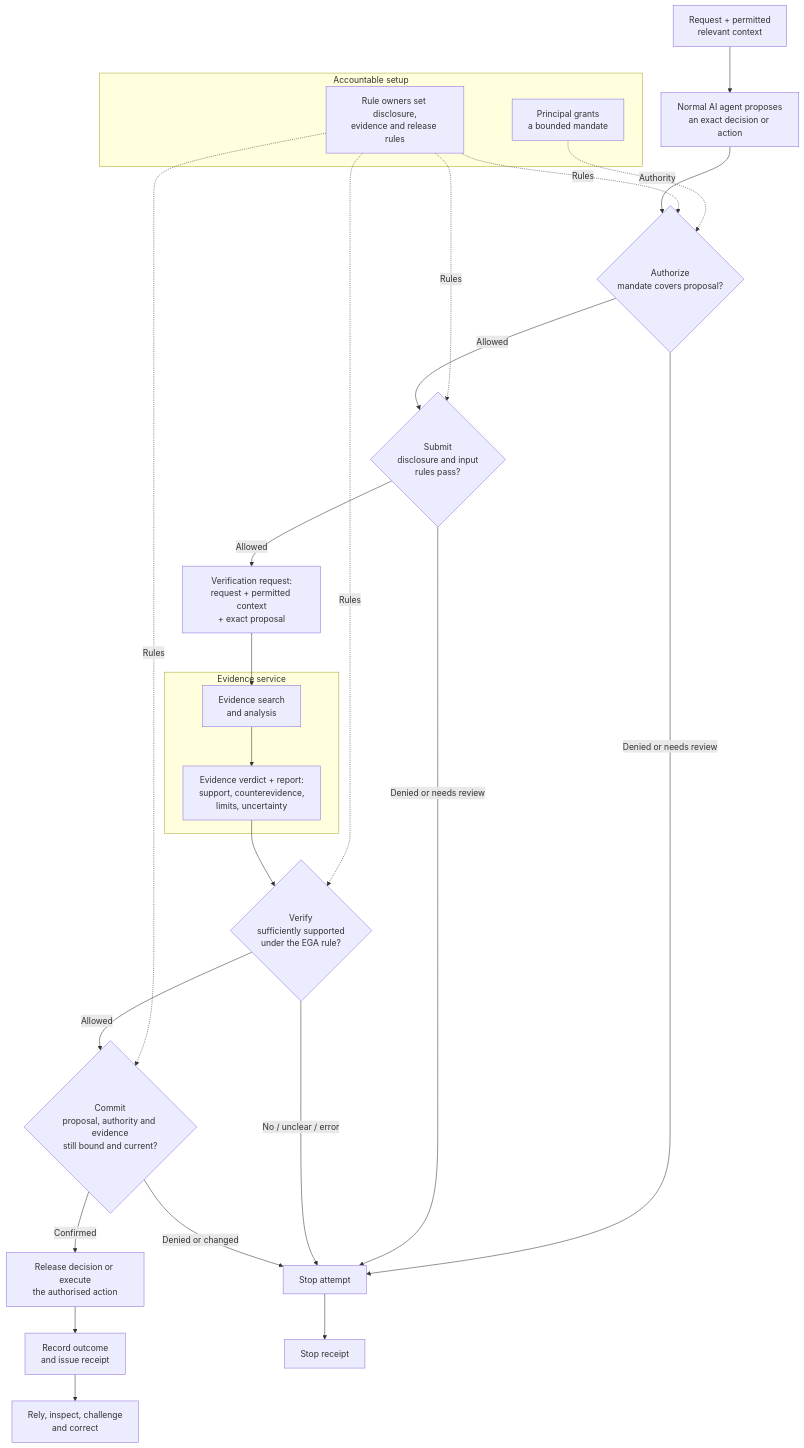
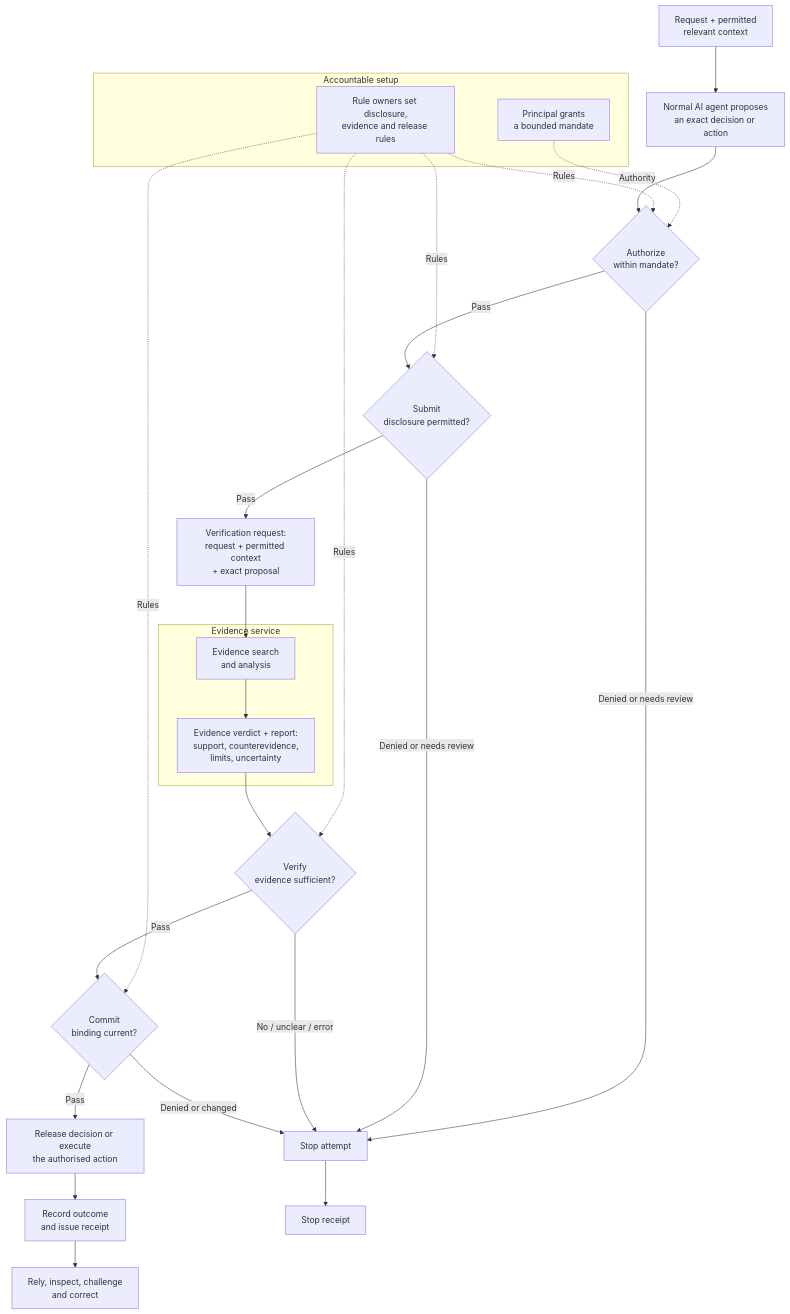
Before and after one commit to robertschaub/our-ai-charter: the first of 2 diagrams in docs/Assurance/Concepts/evidence-gated-agents.md, drawn with Mermaid. The commit also changed other lines of this file, not shown here.

Commit message:
docs(ega): compact diagram decision nodes

````diff
--- a/docs/Assurance/Concepts/evidence-gated-agents.md
+++ b/docs/Assurance/Concepts/evidence-gated-agents.md
@@ -56,30 +56,30 @@
 ```mermaid
 flowchart TD
     subgraph I["Accountable setup"]
         M["Principal grants<br/>a bounded mandate"]
         P["Rule owners set disclosure,<br/>evidence and release rules"]
     end
     M -. Authority .-> AU
     P -. Rules .-> AU
     P -. Rules .-> SU
     P -. Rules .-> V
     P -. Rules .-> C
     U["Request + permitted<br/>relevant context"] --> A["Normal AI agent proposes<br/>an exact decision or action"]
-    A --> AU{"Authorize<br/>mandate covers proposal?"}
-    AU -->|Allowed| SU{"Submit<br/>disclosure and input<br/>rules pass?"}
-    SU -->|Allowed| Q["Verification request:<br/>request + permitted context<br/>+ exact proposal"]
+    A --> AU{"Authorize<br/>within mandate?"}
+    AU -->|Pass| SU{"Submit<br/>disclosure permitted?"}
+    SU -->|Pass| Q["Verification request:<br/>request + permitted context<br/>+ exact proposal"]
     subgraph ES["Evidence service"]
         SEA["Evidence search<br/>and analysis"] --> VR["Evidence verdict + report:<br/>support, counterevidence,<br/>limits, uncertainty"]
     end
     Q --> SEA
-    VR --> V{"Verify<br/>sufficiently supported<br/>under the EGA rule?"}
-    V -->|Allowed| C{"Commit<br/>proposal, authority and evidence<br/>still bound and current?"}
-    C -->|Confirmed| O["Release decision or execute<br/>the authorised action"]
+    VR --> V{"Verify<br/>evidence sufficient?"}
+    V -->|Pass| C{"Commit<br/>binding current?"}
+    C -->|Pass| O["Release decision or execute<br/>the authorised action"]
     O --> R["Record outcome<br/>and issue receipt"]
     R --> Y["Rely, inspect, challenge<br/>and correct"]
     AU -->|Denied or needs review| N["Stop attempt"]
     SU -->|Denied or needs review| N
     V -->|No / unclear / error| N
     C -->|Denied or changed| N
     N --> NR["Stop receipt"]
 ```
````
